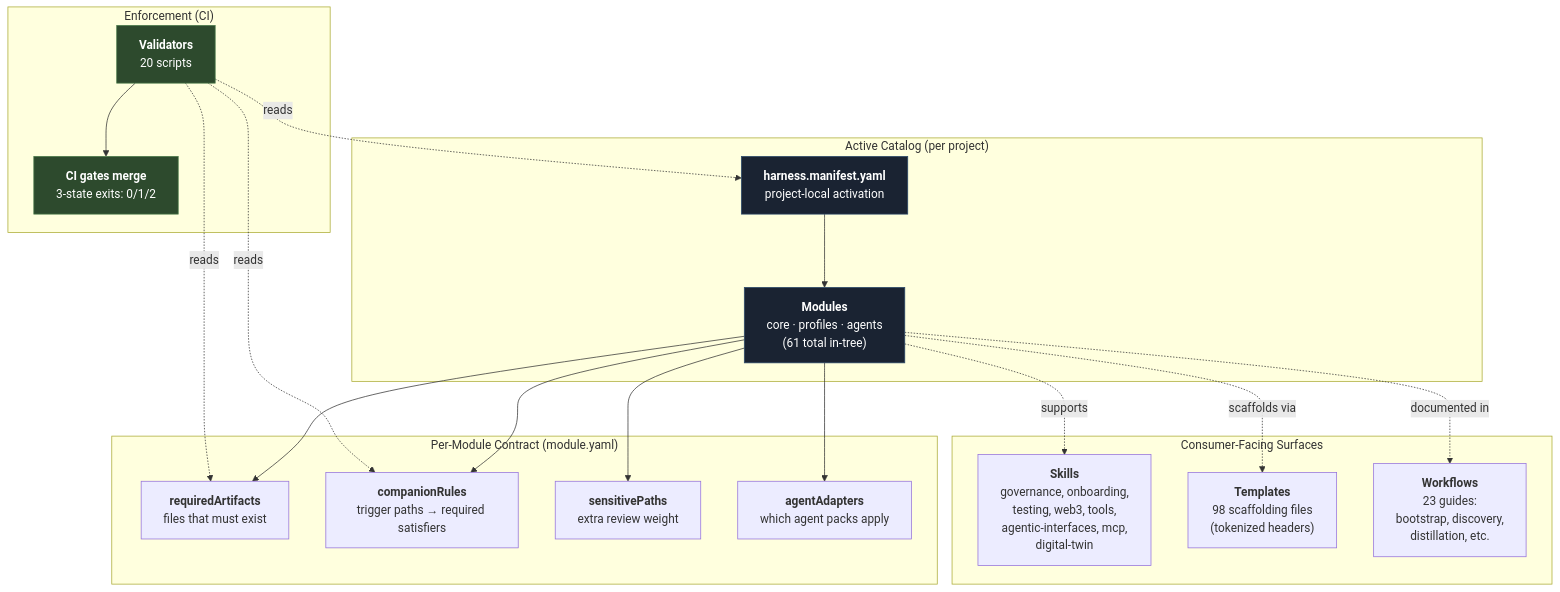
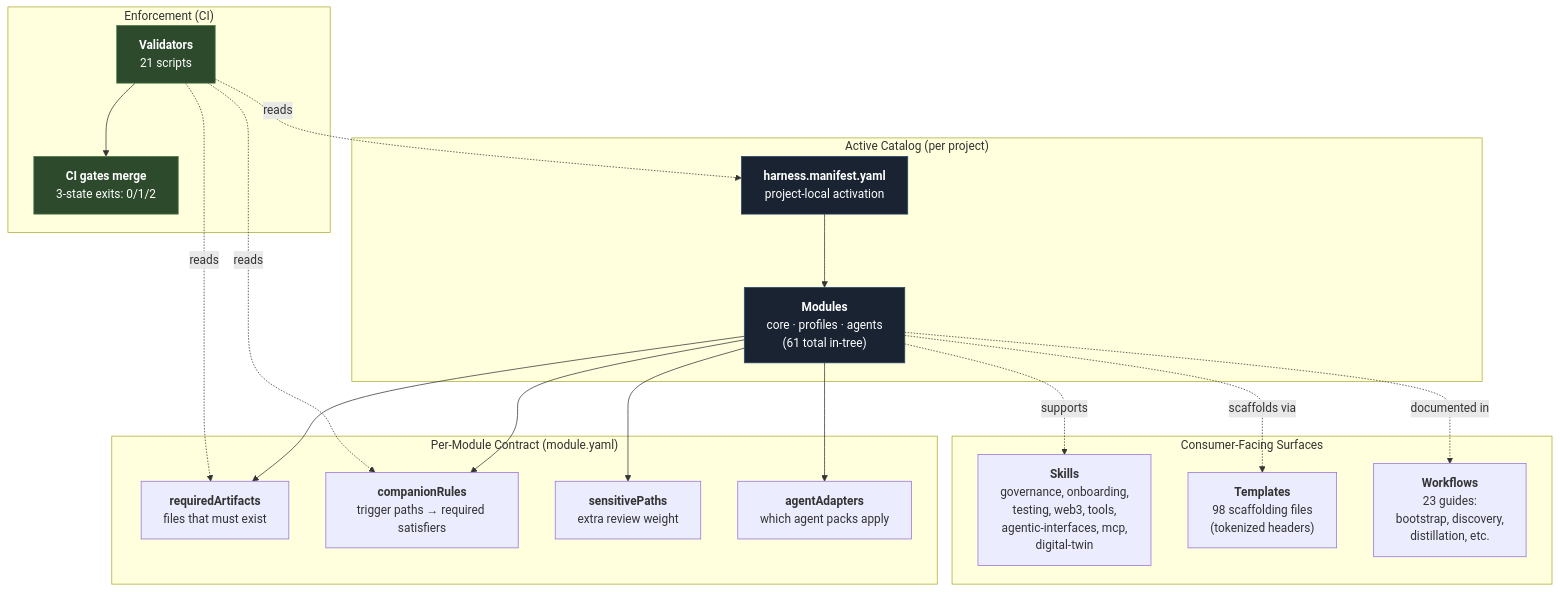
One commit to unclenate/auto-harness changed the first of 16 diagrams in docs/architecture/diagrams.md. Above: the diagram before and after it, drawn with Mermaid. The commit also changed 17 other files, not shown here.

````diff
--- a/docs/architecture/diagrams.md
+++ b/docs/architecture/diagrams.md
@@ -53,38 +53,38 @@
 ```mermaid
 flowchart TD
     Manifest["<b>harness.manifest.yaml</b><br/>project-local activation"]
 
     subgraph CATALOG["Active Catalog (per project)"]
         Manifest --> Modules["<b>Modules</b><br/>core · profiles · agents<br/>(61 total in-tree)"]
     end
 
     subgraph CONTRACT["Per-Module Contract (module.yaml)"]
         Modules --> Required["<b>requiredArtifacts</b><br/>files that must exist"]
         Modules --> Companions["<b>companionRules</b><br/>trigger paths → required satisfiers"]
         Modules --> Sensitive["<b>sensitivePaths</b><br/>extra review weight"]
         Modules --> Adapters["<b>agentAdapters</b><br/>which agent packs apply"]
     end
 
     subgraph ENFORCE["Enforcement (CI)"]
-        Validators["<b>Validators</b><br/>20 scripts"]
+        Validators["<b>Validators</b><br/>21 scripts"]
         Validators -.reads.-> Manifest
         Validators -.reads.-> Required
         Validators -.reads.-> Companions
         Validators --> CIGate["<b>CI gates merge</b><br/>3-state exits: 0/1/2"]
     end
 
     subgraph SURFACE["Consumer-Facing Surfaces"]
         Skills["<b>Skills</b><br/>governance, onboarding,<br/>testing, web3, tools,<br/>agentic-interfaces, mcp,<br/>digital-twin"]
         Templates["<b>Templates</b><br/>98 scaffolding files<br/>(tokenized headers)"]
         Workflows["<b>Workflows</b><br/>23 guides:<br/>bootstrap, discovery,<br/>distillation, etc."]
     end
 
     Modules -.supports.-> Skills
     Modules -.scaffolds via.-> Templates
     Modules -.documented in.-> Workflows
 
     style Manifest fill:#1a2332,stroke:#2c4a6b,color:#fff
     style Modules fill:#1a2332,stroke:#2c4a6b,color:#fff
     style Validators fill:#2d4a2d,stroke:#4a7a4a,color:#fff
     style CIGate fill:#2d4a2d,stroke:#4a7a4a,color:#fff
 ```
````
